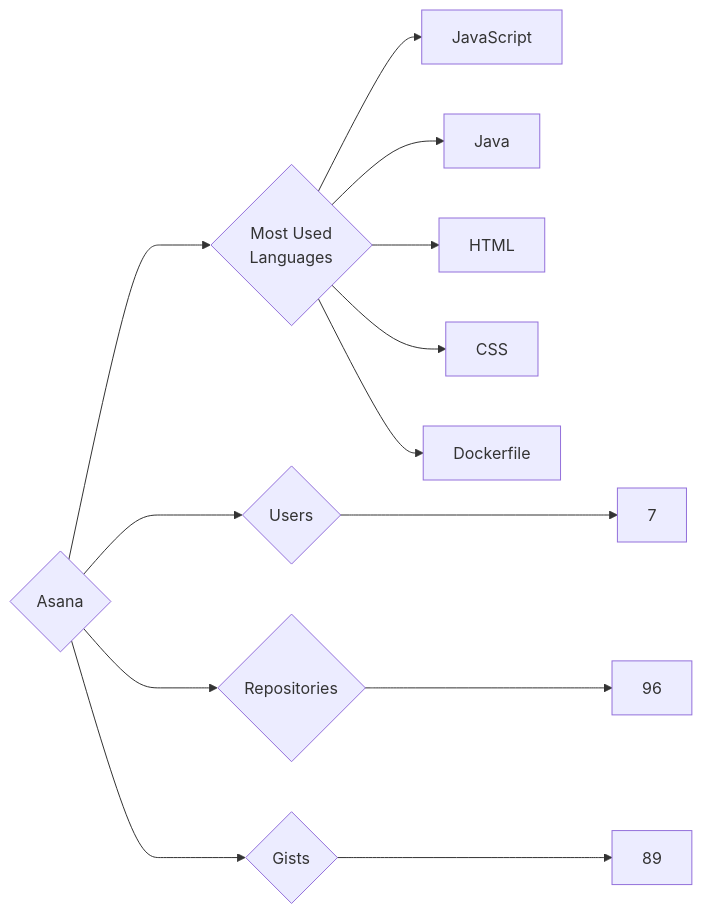
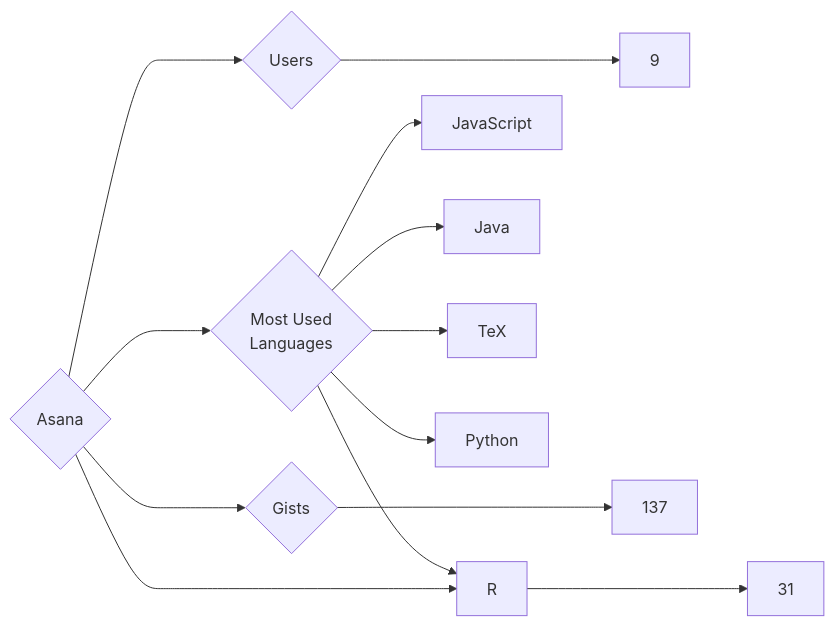
One commit to trickest/insiders changed the diagram in targets/Asana/README.md. Above: the diagram before and after it, drawn with Mermaid. The commit also changed 865 other files, not shown here.

````diff
--- a/targets/Asana/README.md
+++ b/targets/Asana/README.md
@@ -3,13 +3,13 @@
 ```mermaid
 graph LR
 COMPANY_NAME{Asana}
-COMPANY_NAME ---> U{Users} ---> UN[7]
-COMPANY_NAME ---> R{Repositories} ---> RN[96]
-COMPANY_NAME ---> G{Gists} ---> GN[89]
+COMPANY_NAME ---> U{Users} ---> UN[9]
+COMPANY_NAME ---> R{Repositories} ---> RN[31]
+COMPANY_NAME ---> G{Gists} ---> GN[137]
 COMPANY_NAME ---> ML{Most Used<br>Languages}
 ML --> JavaScript[JavaScript]
 ML --> Java[Java]
-ML --> HTML[HTML]
-ML --> CSS[CSS]
-ML --> Dockerfile[Dockerfile]
+ML --> TeX[TeX]
+ML --> Python[Python]
+ML --> R[R]
 ```
````
